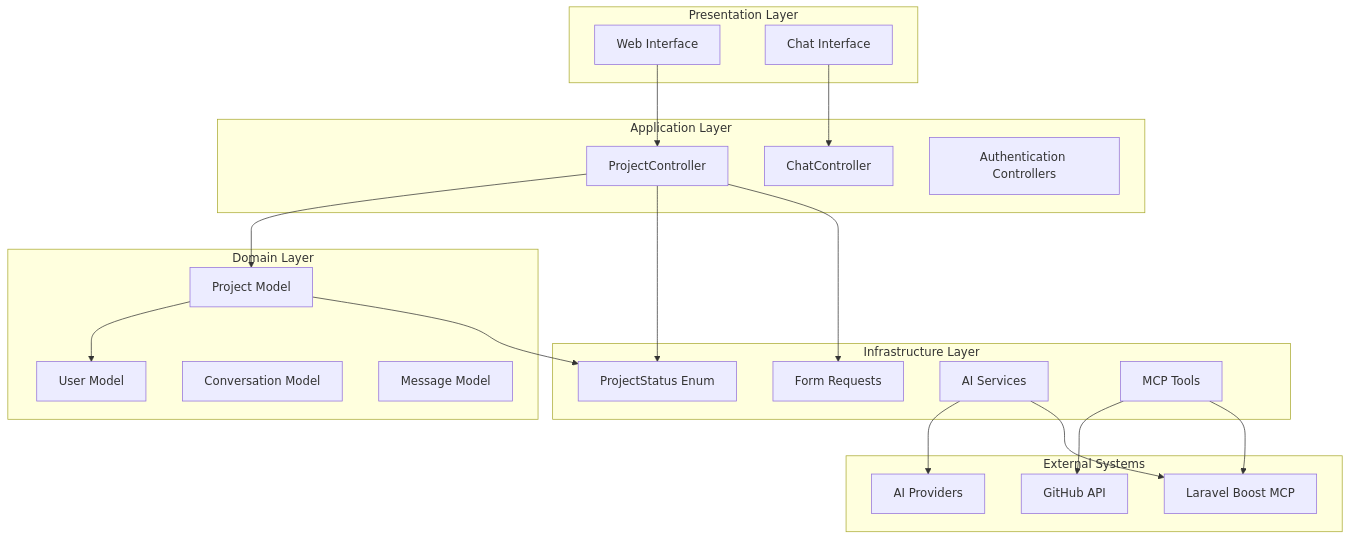
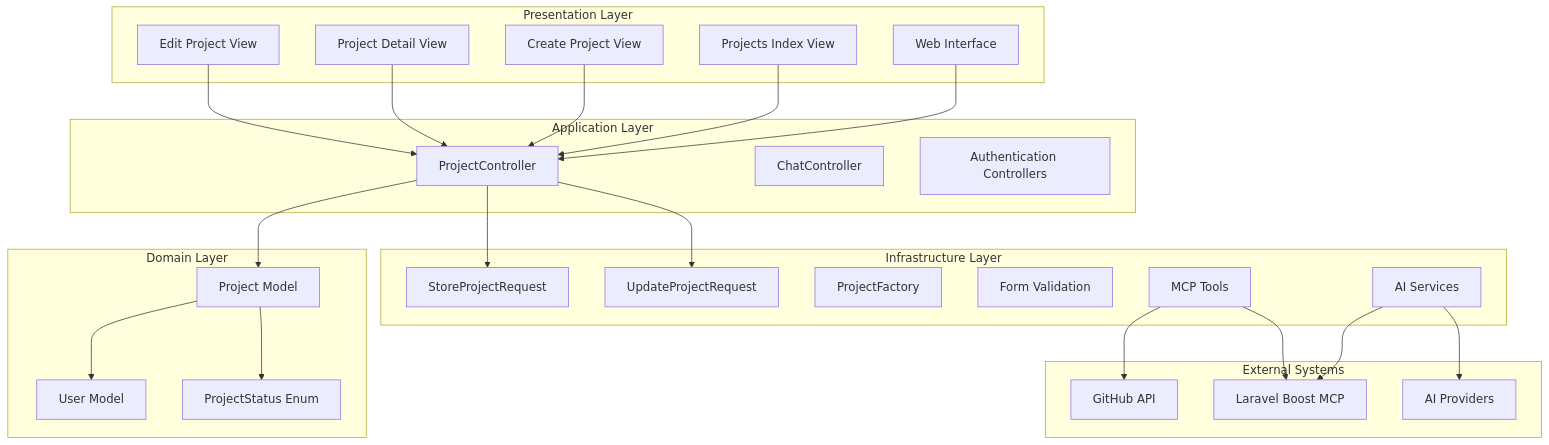
Before and after one commit to siimliimand/laravel-assistant: the first of 10 diagrams in .qoder/repowiki/en/content/Laravel Application Components/Project Management System.md, drawn with Mermaid. The commit also changed other lines of this file and 1 other file, not shown here.

First line of the commit message:
docs(project-management): update project management system documentation comprehensively

````diff
--- a/.qoder/repowiki/en/content/Laravel Application Components/Project Management System.md
+++ b/.qoder/repowiki/en/content/Laravel Application Components/Project Management System.md
@@ -49,40 +70,47 @@
 ```mermaid
 graph TB
 subgraph "Presentation Layer"
 UI[Web Interface]
-ChatUI[Chat Interface]
+IndexView[Projects Index View]
+CreateView[Create Project View]
+ShowView[Project Detail View]
+EditView[Edit Project View]
 end
 subgraph "Application Layer"
 ProjectController[ProjectController]
 ChatController[ChatController]
 AuthController[Authentication Controllers]
 end
 subgraph "Domain Layer"
 ProjectModel[Project Model]
 UserModel[User Model]
-ConversationModel[Conversation Model]
-MessageModel[Message Model]
+ProjectStatus[ProjectStatus Enum]
 end
 subgraph "Infrastructure Layer"
-ProjectStatus[ProjectStatus Enum]
-Validation[Form Requests]
+StoreProjectRequest[StoreProjectRequest]
+UpdateProjectRequest[UpdateProjectRequest]
+ProjectFactory[ProjectFactory]
+Validation[Form Validation]
 Services[AI Services]
 Tools[MCP Tools]
 end
 subgraph "External Systems"
 GitHub[GitHub API]
 MCP[Laravel Boost MCP]
 AIProviders[AI Providers]
 end
 UI --> ProjectController
-ChatUI --> ChatController
+IndexView --> ProjectController
+CreateView --> ProjectController
+ShowView --> ProjectController
+EditView --> ProjectController
 ProjectController --> ProjectModel
-ProjectController --> ProjectStatus
-ProjectController --> Validation
+ProjectController --> StoreProjectRequest
+ProjectController --> UpdateProjectRequest
+ProjectModel --> ProjectStatus
 ProjectModel --> UserModel
-ProjectModel --> ProjectStatus
 Services --> AIProviders
 Services --> MCP
 Tools --> GitHub
 Tools --> MCP
 ```
````
